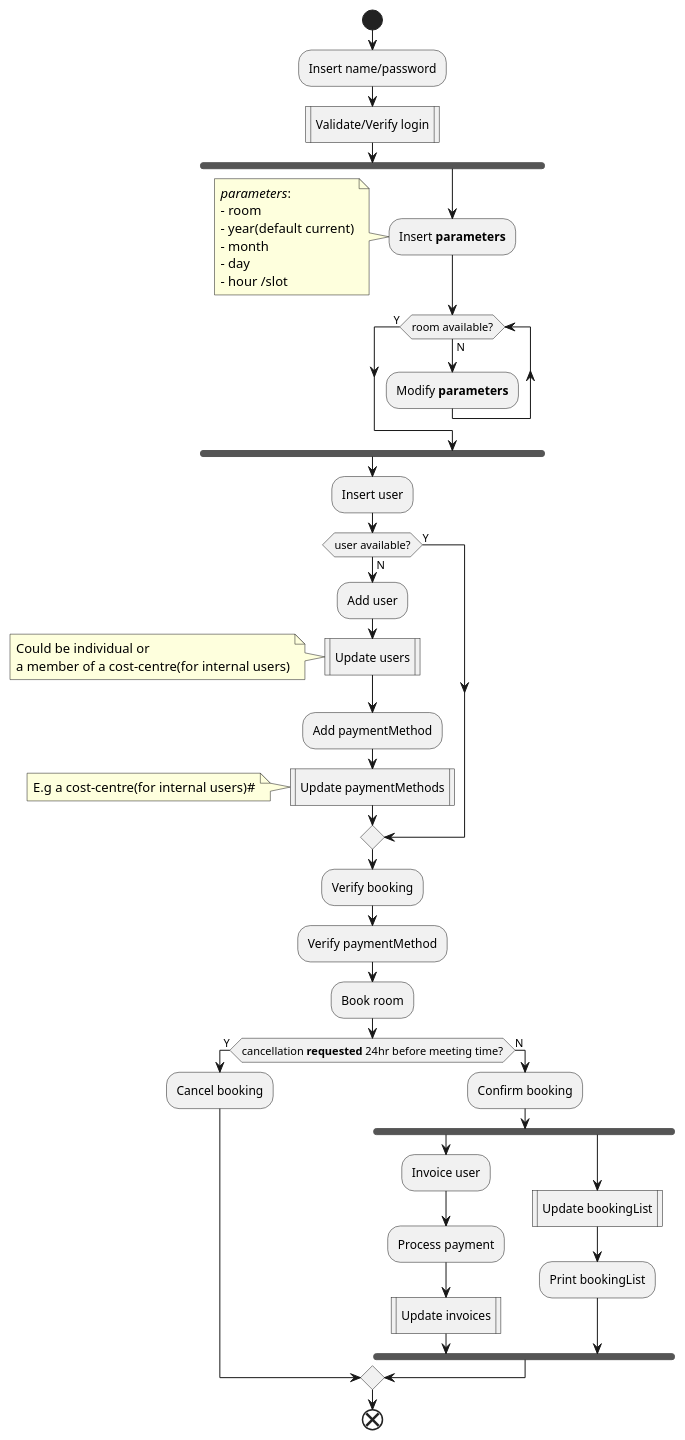
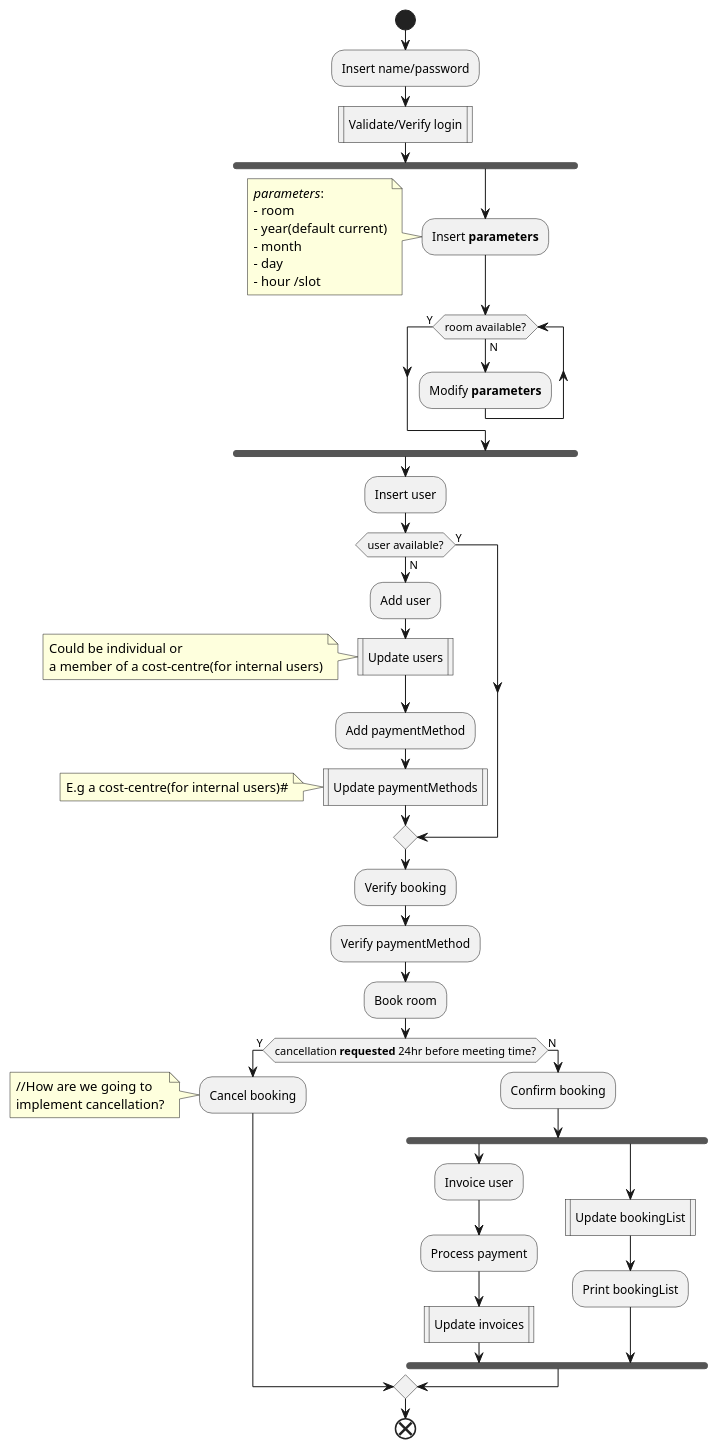
The diagram in docs/uml/activity.puml (BBKbeam/mtRooms), drawn with PlantUML before and after one commit.

Commit message:
[UML] Added note on activity diag

```diff
--- a/docs/uml/activity.puml
+++ b/docs/uml/activity.puml
@@ -1,58 +1,62 @@
 @startuml
 
 
 start
 :Insert name/password;
 :Validate/Verify login|
 
 fork
 :Insert **parameters**;
     note left
     //parameters//:
     - room
     - year(default current)
     - month
     - day
     - hour /slot
     end note
 
 while (room available?) is (N)
 :Modify **parameters**;
 end while(Y)
 end fork
 
 :Insert user;
     if (user available?)then(N)
     :Add user;
     :Update users|
         note left
         Could be individual or
         a member of a cost-centre(for internal users)
         end note
     :Add paymentMethod;
     :Update paymentMethods|
         note left
         E.g a cost-centre(for internal users)#
         end note
     else(Y)
     endif
 
 :Verify booking;
 :Verify paymentMethod;
 :Book room;
 
     if (cancellation **requested** 24hr before meeting time?) then (Y)
     :Cancel booking;
+            note left
+            //How are we going to
+            implement cancellation?
+            end note
     else (N)
     :Confirm booking;
         fork
             :Invoice user;
             :Process payment;
             :Update invoices|
         fork again
             :Update bookingList|
             :Print bookingList;
         end fork
     endif
 end
 @enduml
```
